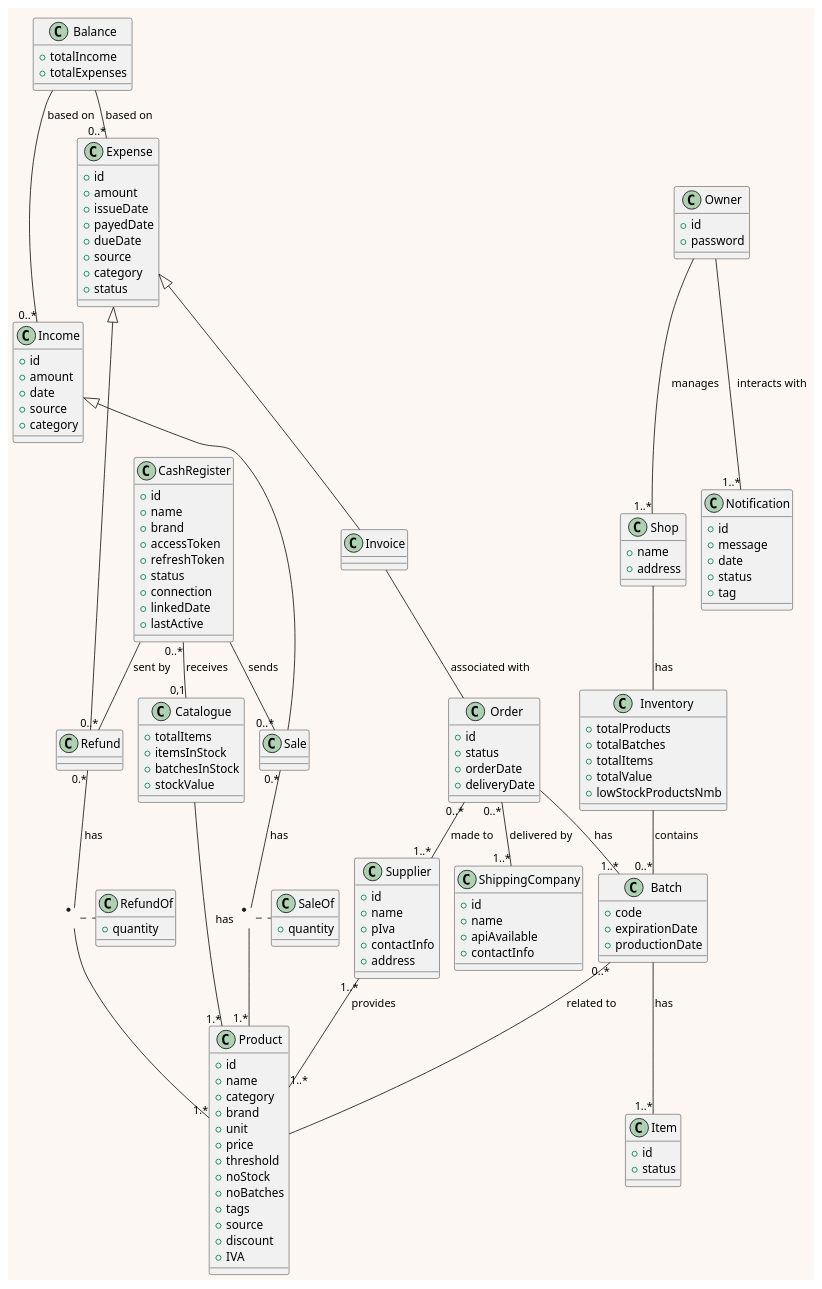
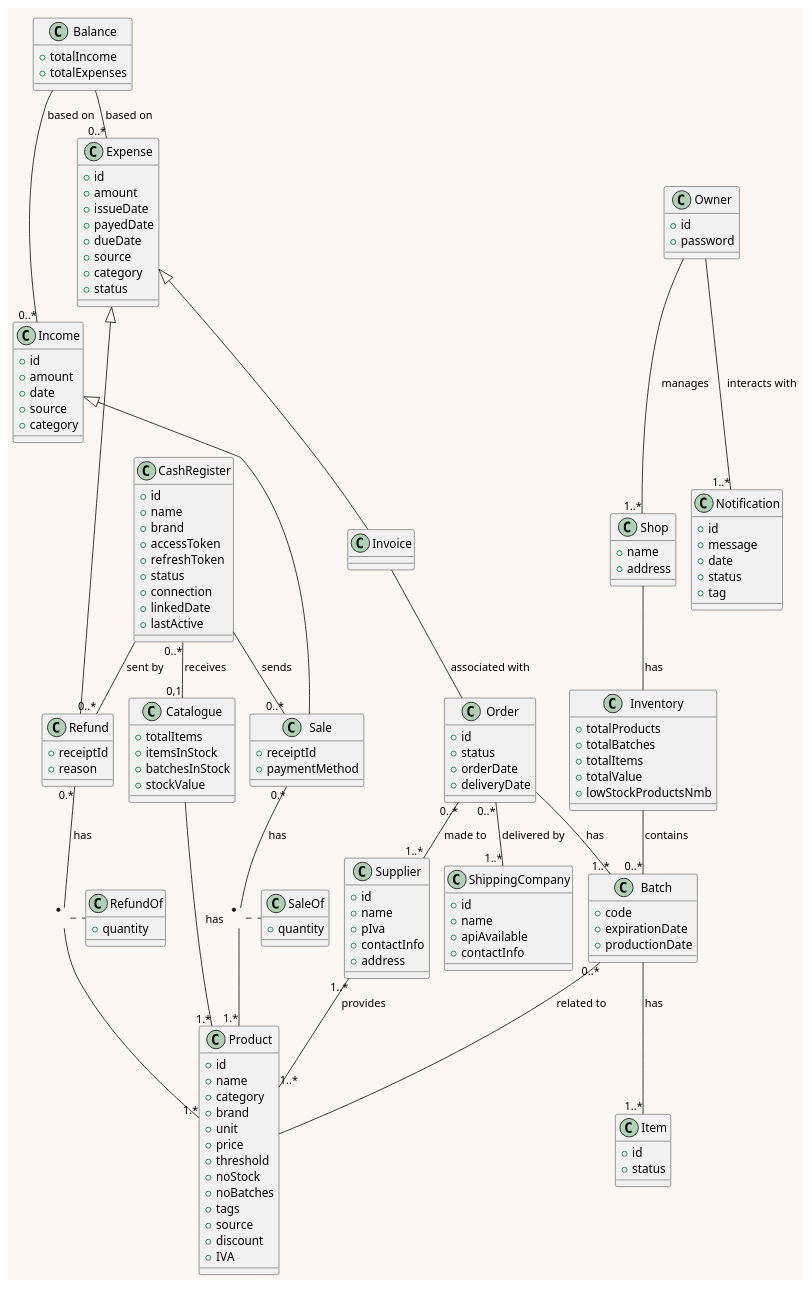
One commit to Giuseppeclv008/Project changed the second of 3 diagrams in res/plantuml/diagrams.md. Above: the diagram before and after it, drawn with PlantUML. The commit also changed 1 other file, not shown here.

Commit message:
feat: extended attribute list for sales and refunds

```diff
--- a/res/plantuml/diagrams.md
+++ b/res/plantuml/diagrams.md
@@ -59,9 +59,13 @@
 }
 
 class Sale {
+    + receiptId
+    + paymentMethod
 }
 
 class Refund {
+    + receiptId
+    + reason
 }
 
 class Catalogue {
```
